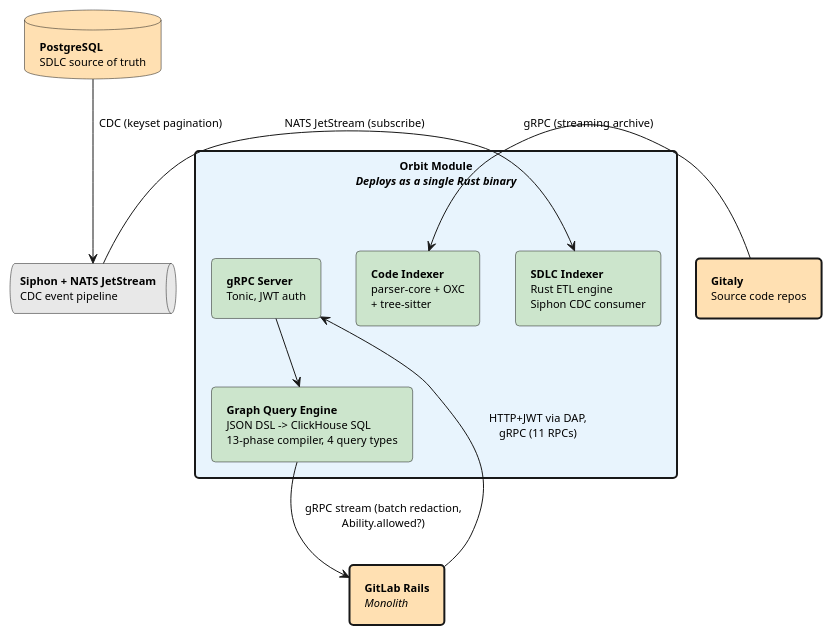
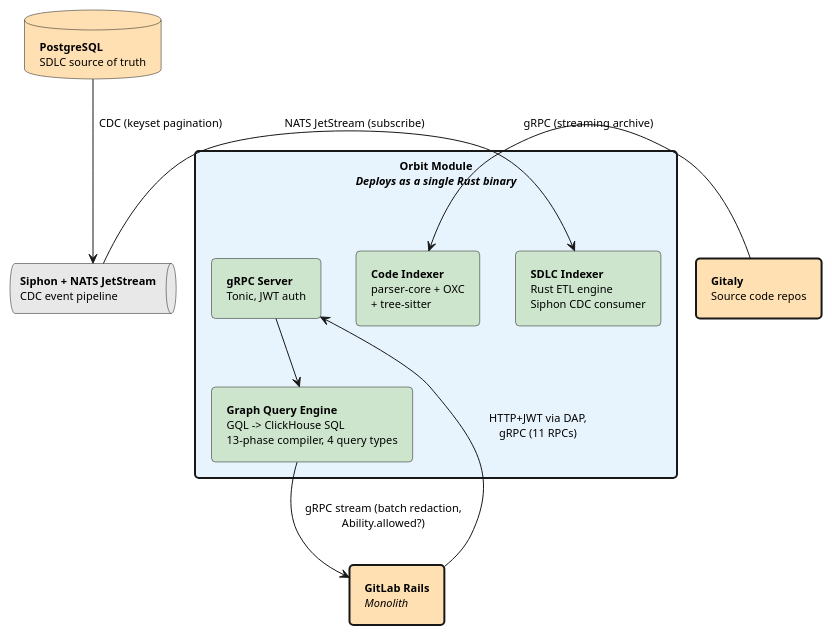
The diagram in docs/design_review/puml/orbit_common.puml (gitlabhq/orbit-knowledge-graph), drawn with PlantUML before and after one commit. The commit also changed 21 other files, not shown here.

Commit message:
chore(query): finish JSON Query DSL cleanup in tests, docs, and proto comments

```diff
--- a/docs/design_review/puml/orbit_common.puml
+++ b/docs/design_review/puml/orbit_common.puml
@@ -1,52 +1,52 @@
 ' Common skin and Orbit module definition
 ' Included by architecture and deployment diagrams
 
 skinparam backgroundColor #FFFFFF
 skinparam defaultFontSize 11
 skinparam padding 5
 skinparam roundCorner 8
 skinparam shadowing false
 skinparam rectangleBorderThickness 2
 skinparam componentStyle rectangle
 
 ' ===================================================================
 ' ORBIT MODULE BOUNDARY - everything inside deploys together
 ' ===================================================================
 rectangle "**Orbit Module**\n//Deploys as a single Rust binary//" as module #E8F4FD {
 
   component "**SDLC Indexer**\nRust ETL engine\nSiphon CDC consumer" as sdlc_idx #CCE5CC
 
   component "**Code Indexer**\nparser-core + OXC\n+ tree-sitter" as code_idx #CCE5CC
 
-  component "**Graph Query Engine**\nJSON DSL -> ClickHouse SQL\n13-phase compiler, 4 query types" as query_eng #CCE5CC
+  component "**Graph Query Engine**\nGQL -> ClickHouse SQL\n13-phase compiler, 4 query types" as query_eng #CCE5CC
 
   component "**gRPC Server**\nTonic, JWT auth" as http_srv #CCE5CC
 
 }
 
 ' ===================================================================
 ' COMMON EXTERNAL SYSTEMS
 ' ===================================================================
 database "**PostgreSQL**\nSDLC source of truth" as pg #FFE0B2
 
 queue "**Siphon + NATS JetStream**\nCDC event pipeline" as nats #E8E8E8
 
 rectangle "**GitLab Rails**\n//Monolith//" as rails #FFE0B2
 
 rectangle "**Gitaly**\nSource code repos" as gitaly #FFE0B2
 
 ' ===================================================================
 ' COMMON CONNECTIONS
 ' ===================================================================
 
 ' Ingestion (into module)
 pg --> nats : CDC (keyset pagination)
 nats -right-> sdlc_idx : NATS JetStream (subscribe)
 gitaly -right-> code_idx : gRPC (streaming archive)
 
 ' Rails integration (bidirectional)
 rails --> http_srv : HTTP+JWT via DAP,\ngRPC (11 RPCs)
 query_eng --> rails : gRPC stream (batch redaction,\nAbility.allowed?)
 
 ' Internal routing
 http_srv --> query_eng
```
